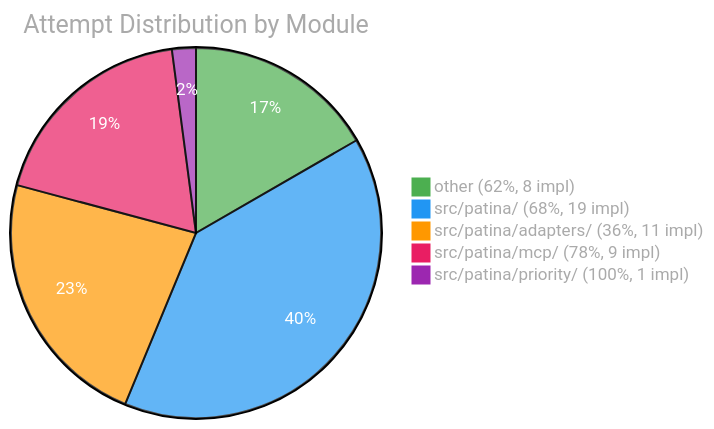
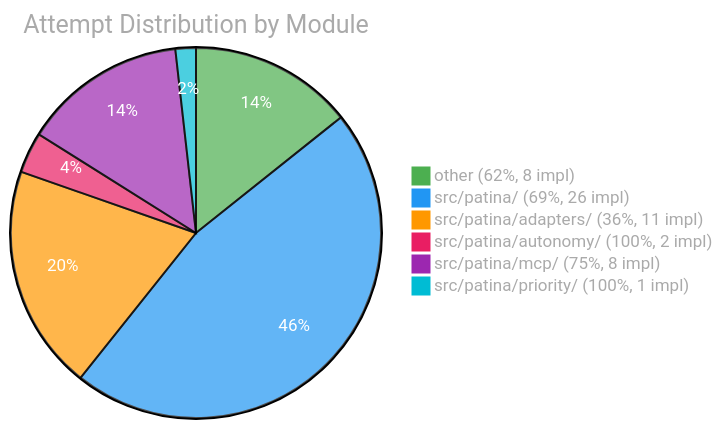
One commit to Sanctum-Origo-Systems/patina changed the third of 3 diagrams in EVAL.md. Above: the diagram before and after it, drawn with Mermaid. The commit also changed other lines of this file and 1 other file, not shown here.

````diff
--- a/EVAL.md
+++ b/EVAL.md
@@ -65,9 +68,10 @@
 ```mermaid
 %%{init: {'theme': 'base', 'themeVariables': {'pie1': '#4CAF50', 'pie2': '#2196F3', 'pie3': '#FF9800', 'pie4': '#E91E63', 'pie5': '#9C27B0', 'pie6': '#00BCD4', 'pieTitleTextColor': '#aaa', 'pieLegendTextColor': '#aaa', 'pieSectionTextColor': '#fff'}}}%%
 pie title Attempt Distribution by Module
     "other (62%, 8 impl)" : 8
-    "src/patina/ (68%, 19 impl)" : 19
+    "src/patina/ (69%, 26 impl)" : 26
     "src/patina/adapters/ (36%, 11 impl)" : 11
-    "src/patina/mcp/ (78%, 9 impl)" : 9
+    "src/patina/autonomy/ (100%, 2 impl)" : 2
+    "src/patina/mcp/ (75%, 8 impl)" : 8
     "src/patina/priority/ (100%, 1 impl)" : 1
 ```
````
